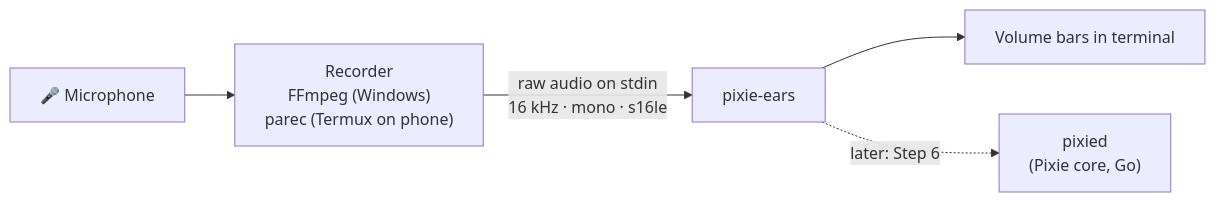
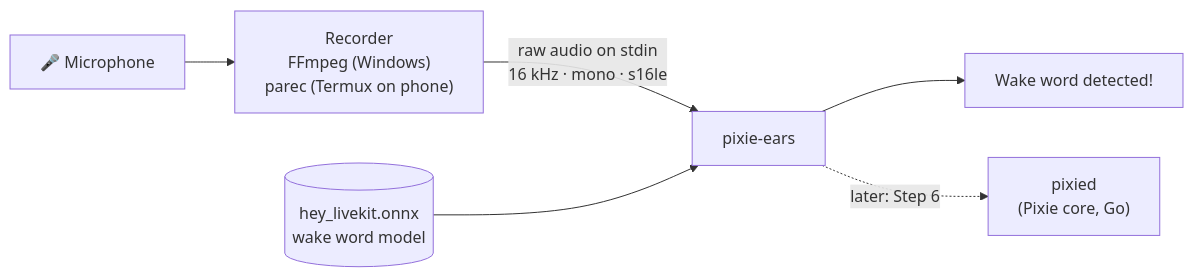
The diagram in README.md (AnudeepReddyBondugula/pixie-ears), drawn with Mermaid before and after one commit. The commit also changed other lines of this file and 1 other file, not shown here.

````diff
--- a/README.md
+++ b/README.md
@@ -36,7 +27,8 @@
 ```mermaid
 flowchart LR
     A[🎤 Microphone] --> B["Recorder<br/>FFmpeg (Windows)<br/>parec (Termux on phone)"]
     B -- "raw audio on stdin<br/>16 kHz · mono · s16le" --> C[pixie-ears]
-    C --> D[Volume bars in terminal]
+    M[(hey_livekit.onnx<br/>wake word model)] --> C
+    C --> D["Wake word detected!"]
     C -. "later: Step 6" .-> E["pixied<br/>(Pixie core, Go)"]
 ```
````
